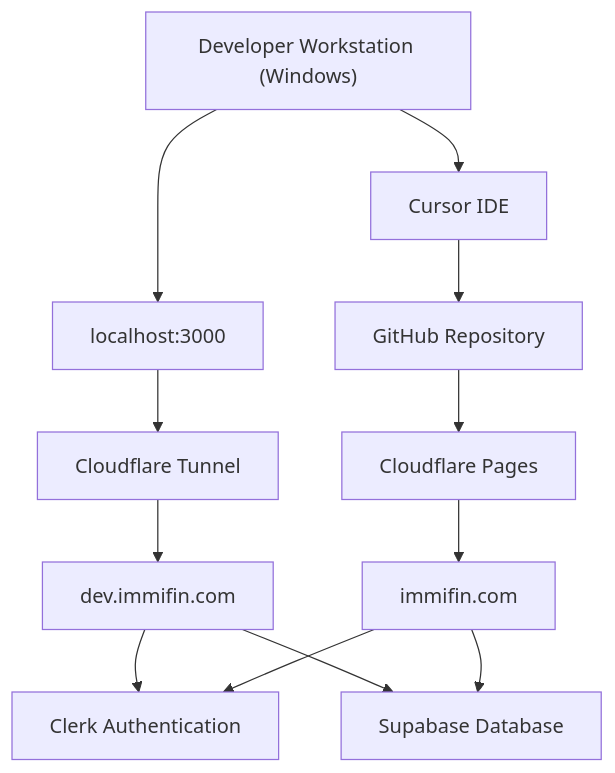
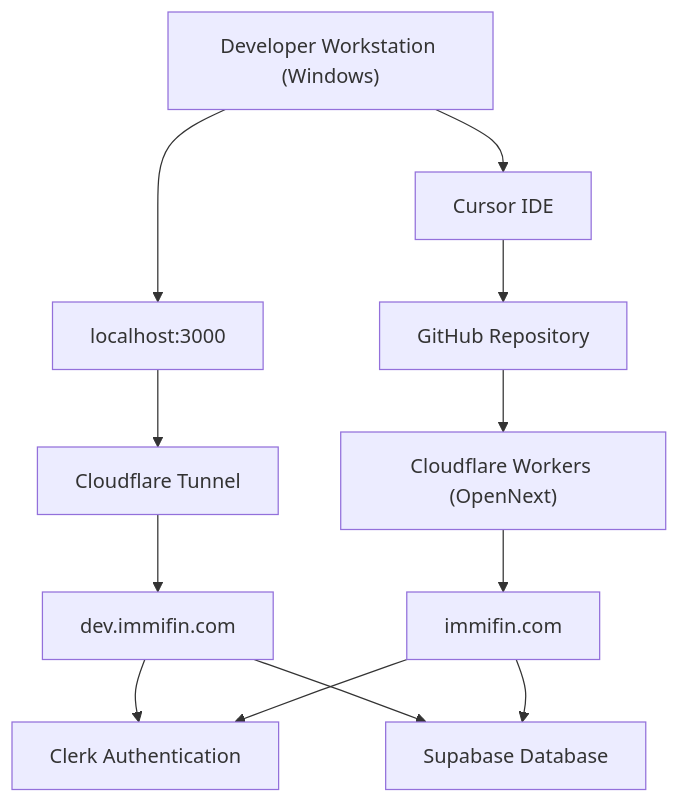
Before and after one commit to adminjodiba/immifin: the first of 2 diagrams in docs/SYSTEM_ARCHITECTURE.md, drawn with Mermaid. The commit also changed other lines of this file and 7 other files, not shown here.

````diff
--- a/docs/SYSTEM_ARCHITECTURE.md
+++ b/docs/SYSTEM_ARCHITECTURE.md
@@ -60,43 +65,43 @@
 ```mermaid
 flowchart TD
 
 Developer["Developer Workstation (Windows)"]
 
 Cursor["Cursor IDE"]
 
 GitHub["GitHub Repository"]
 
-CFPages["Cloudflare Pages"]
+CFWorkers["Cloudflare Workers (OpenNext)"]
 
 Tunnel["Cloudflare Tunnel"]
 
 Local["localhost:3000"]
 
 Dev["dev.immifin.com"]
 
 Prod["immifin.com"]
 
 Clerk["Clerk Authentication"]
 
 Supabase["Supabase Database"]
 
 Developer --> Cursor
 
 Developer --> Local
 
 Local --> Tunnel
 
 Tunnel --> Dev
 
 Cursor --> GitHub
 
-GitHub --> CFPages
+GitHub --> CFWorkers
 
-CFPages --> Prod
+CFWorkers --> Prod
 
 Dev --> Clerk
 Dev --> Supabase
 
 Prod --> Clerk
 Prod --> Supabase
 ```
````
